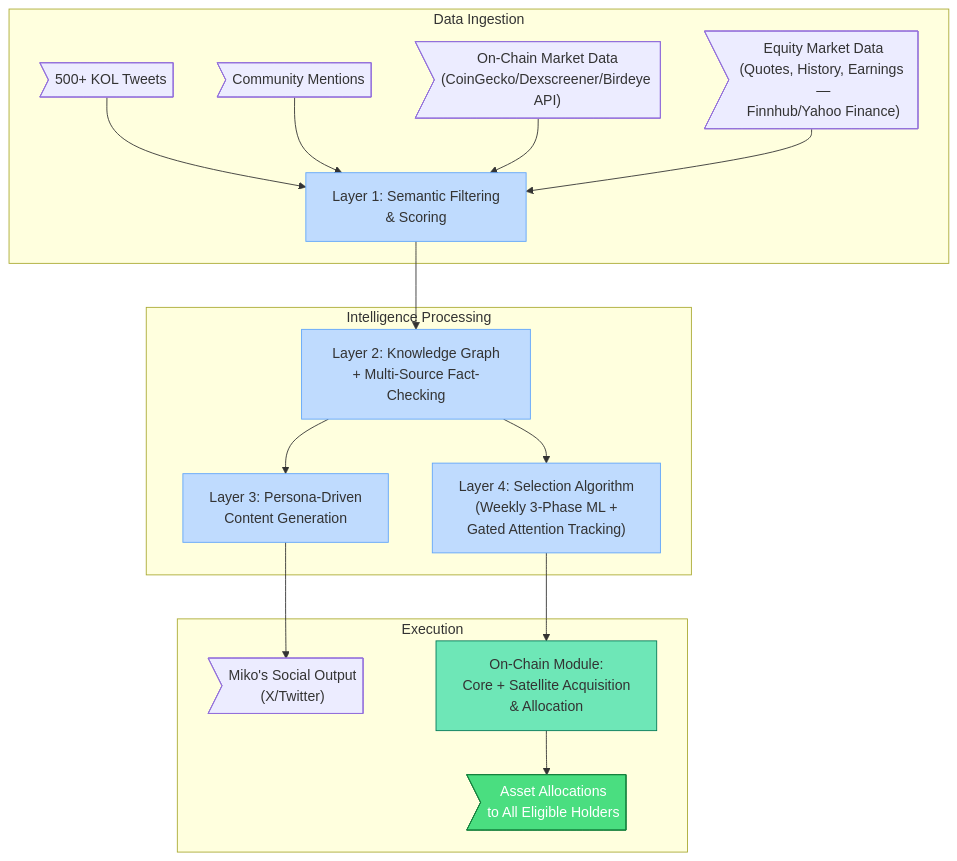
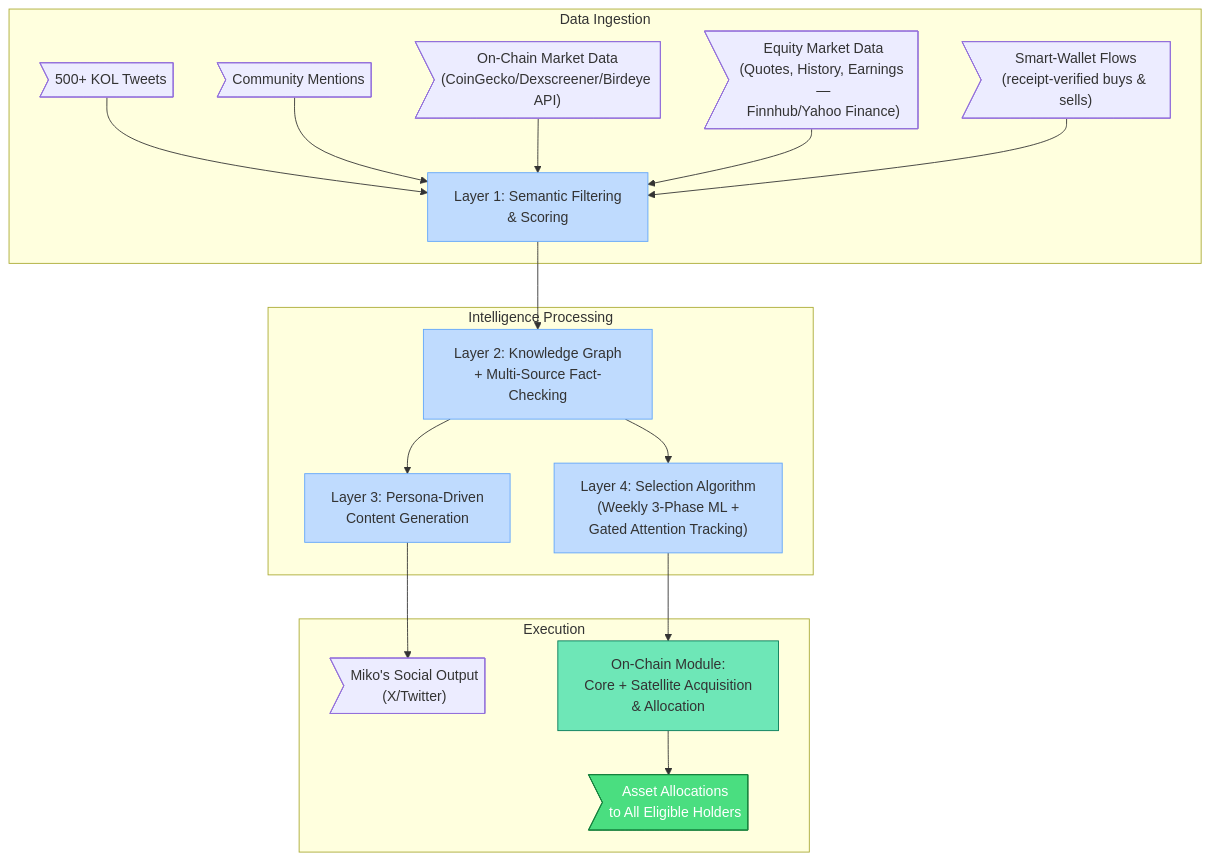
The first of 2 diagrams in docs/introduction.md (Miko-Protocol/docs), drawn with Mermaid before and after one commit. The commit also changed other lines of this file and 8 other files, not shown here.

````diff
--- a/docs/introduction.md
+++ b/docs/introduction.md
@@ -29,26 +29,27 @@
 ```mermaid
 graph TD
     subgraph "Data Ingestion"
         A>"500+ KOL Tweets"] --> D
         B>"Community Mentions"] --> D
         C>"On-Chain Market Data<br/>(CoinGecko/Dexscreener/Birdeye API)"] --> D
         C2>"Equity Market Data<br/>(Quotes, History, Earnings —<br/>Finnhub/Yahoo Finance)"] --> D
+        C3>"Smart-Wallet Flows<br/>(receipt-verified buys & sells)"] --> D
         D["Layer 1: Semantic Filtering<br/>& Scoring"]
     end
     subgraph "Intelligence Processing"
         D --> E["Layer 2: Knowledge Graph<br/>+ Multi-Source Fact-Checking"]
         E --> F["Layer 3: Persona-Driven<br/>Content Generation"]
         E --> G["Layer 4: Selection Algorithm<br/>(Weekly 3-Phase ML +<br/>Gated Attention Tracking)"]
     end
     subgraph "Execution"
         F --> H>"Miko's Social Output<br/>(X/Twitter)"]
         G --> I["On-Chain Module:<br/>Core + Satellite Acquisition<br/>& Allocation"]
         I --> J>"Asset Allocations<br/>to All Eligible Holders"]
     end
     style D fill:#bfdbfe,stroke:#60a5fa
     style E fill:#bfdbfe,stroke:#60a5fa
     style F fill:#bfdbfe,stroke:#60a5fa
     style G fill:#bfdbfe,stroke:#60a5fa
     style I fill:#6ee7b7,stroke:#047857
     style J fill:#4ade80,stroke:#15803d,color:#fff
 ```
````
